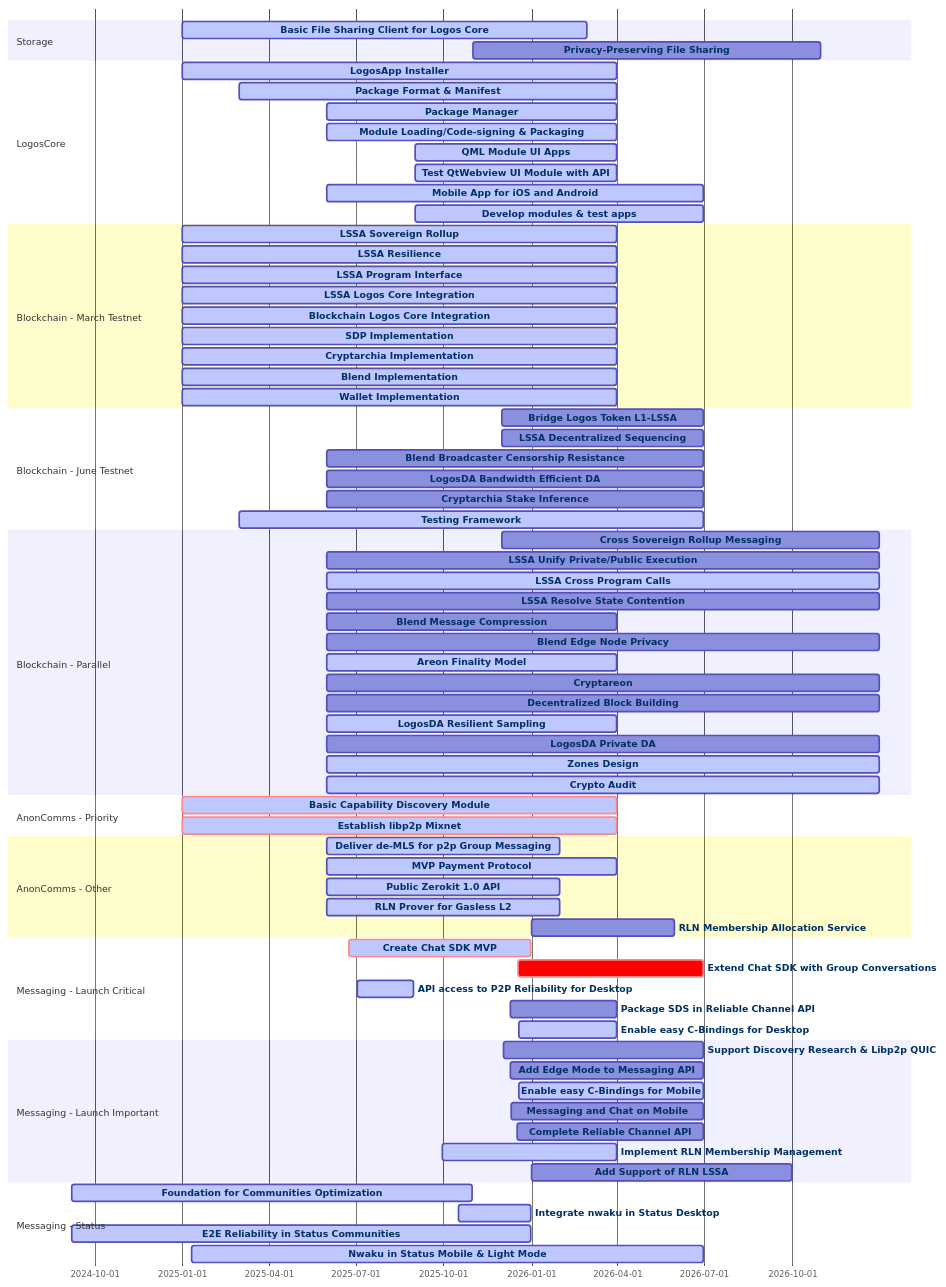
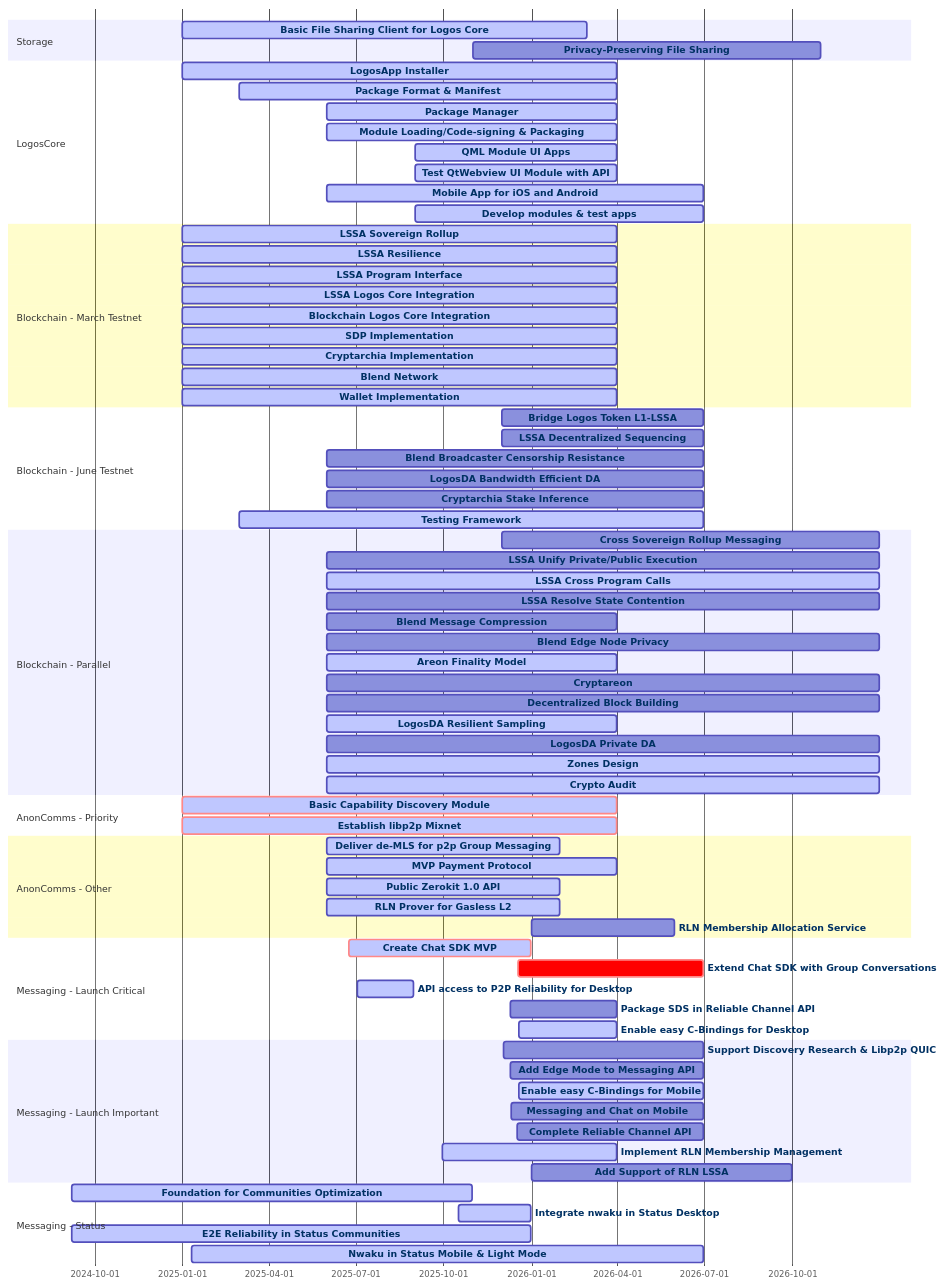
Before and after one commit to logos-co/roadmap: the diagram in content/combined_roadmap.md, drawn with Mermaid. The commit also changed 9 other files, not shown here.

```diff
--- a/content/combined_roadmap.md
+++ b/content/combined_roadmap.md
@@ -49,7 +49,7 @@
     click bc6 href "/blockchain/roadmap/blockchain_sdp"
     Cryptarchia Implementation                     :active, bc7, 2025-01-01, 2026-03-31
     click bc7 href "/blockchain/roadmap/blockchain_cryptarchia"
-    Blend Implementation                           :active, bc8, 2025-01-01, 2026-03-31
+    Blend Network                                  :active, bc8, 2025-01-01, 2026-03-31
     click bc8 href "/blockchain/roadmap/blockchain_blend"
     Wallet Implementation                          :active, bc9, 2025-01-01, 2026-03-31
     click bc9 href "/blockchain/roadmap/blockchain_wallet"
@@ -94,7 +94,7 @@
     Zones Design                                   :active, bc27, 2025-06-01, 2026-12-31
     click bc27 href "/blockchain/roadmap/zones_design"
     Crypto Audit                                   :active, bc28, 2025-06-01, 2026-12-31
-    click bc28 href "/blockchain/roadmap/crypto_audit"
+    click bc28 href "/blockchain/roadmap/blockchain_crypto_audit"
     
     section AnonComms - Priority
     Basic Capability Discovery Module              :crit, active, ac1, 2025-01-01, 2026-03-31
```
